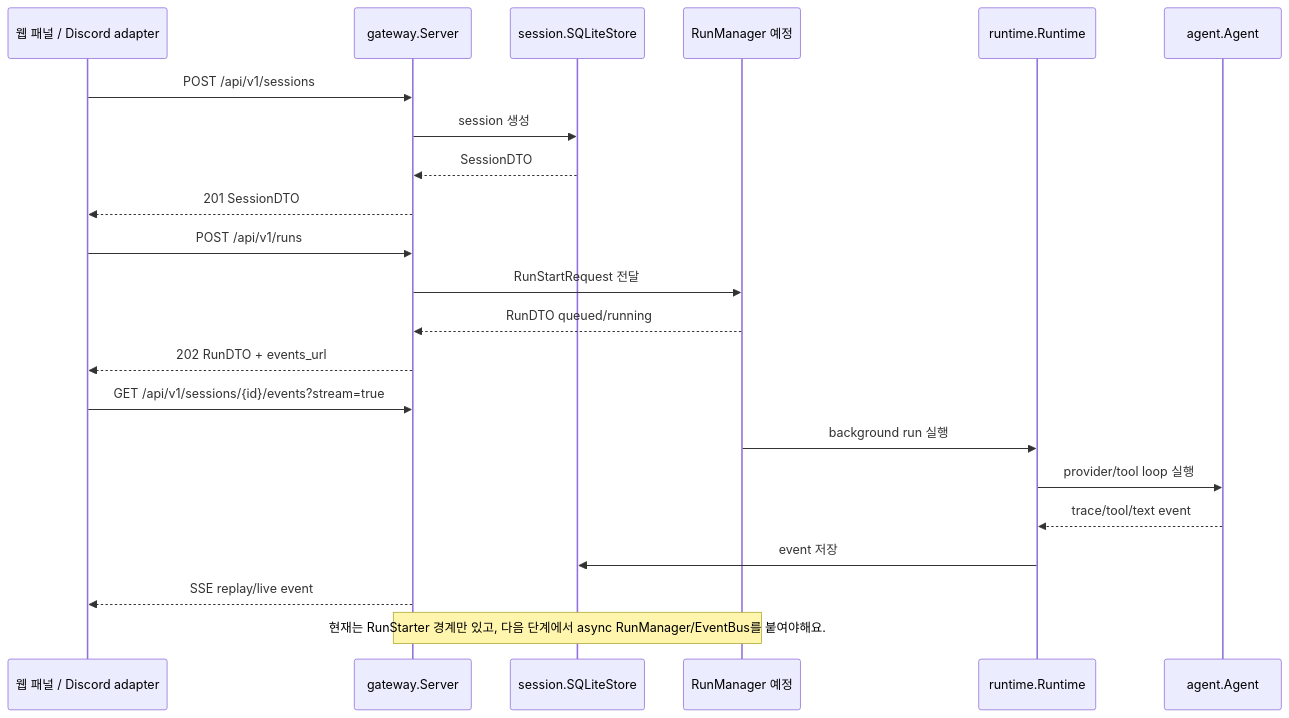
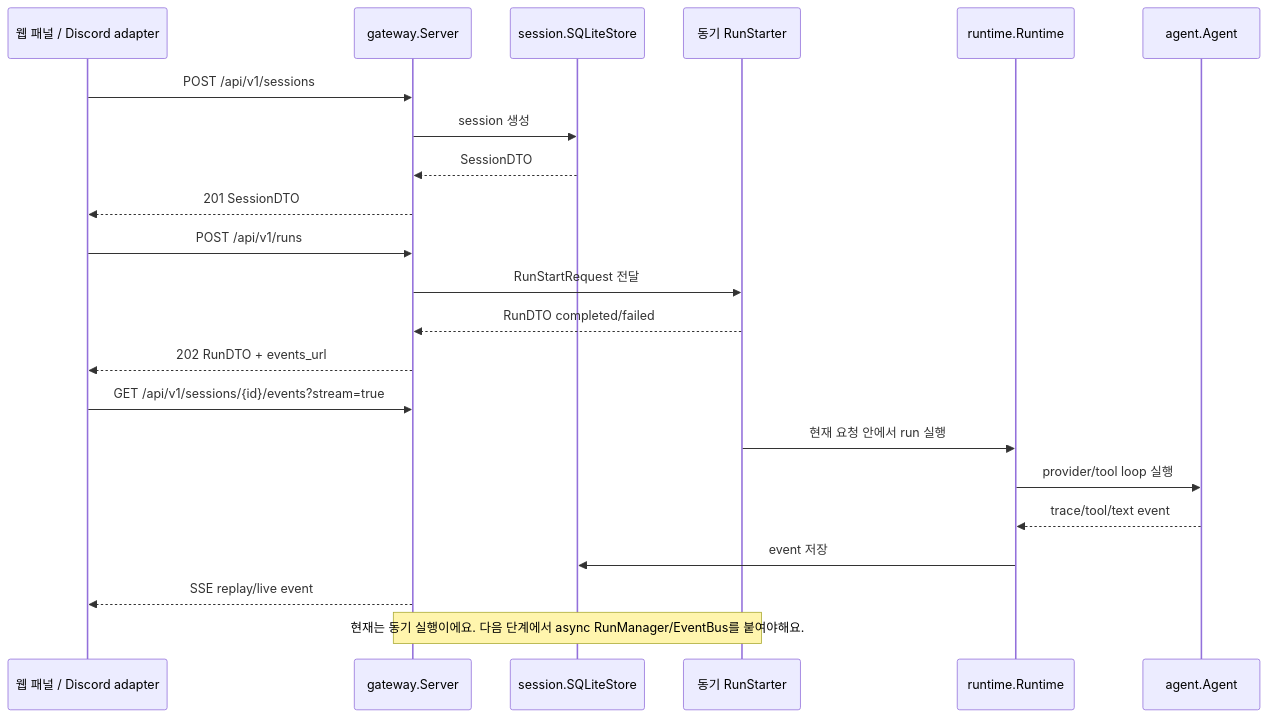
One commit to sleepysoong/kkode changed the third of 4 diagrams in README.md. Above: the diagram before and after it, drawn with Mermaid. The commit also changed other lines of this file and 17 other files, not shown here.

````diff
--- a/README.md
+++ b/README.md
@@ -84,28 +84,28 @@
 ```mermaid
 sequenceDiagram
     participant UI as 웹 패널 / Discord adapter
     participant G as gateway.Server
     participant S as session.SQLiteStore
-    participant RM as RunManager 예정
+    participant RS as 동기 RunStarter
     participant R as runtime.Runtime
     participant A as agent.Agent
 
     UI->>G: POST /api/v1/sessions
     G->>S: session 생성
     S-->>G: SessionDTO
     G-->>UI: 201 SessionDTO
 
     UI->>G: POST /api/v1/runs
-    G->>RM: RunStartRequest 전달
-    RM-->>G: RunDTO queued/running
+    G->>RS: RunStartRequest 전달
+    RS-->>G: RunDTO completed/failed
     G-->>UI: 202 RunDTO + events_url
 
     UI->>G: GET /api/v1/sessions/{id}/events?stream=true
-    RM->>R: background run 실행
+    RS->>R: 현재 요청 안에서 run 실행
     R->>A: provider/tool loop 실행
     A-->>R: trace/tool/text event
     R->>S: event 저장
     G-->>UI: SSE replay/live event
 
-    Note over RM,G: 현재는 RunStarter 경계만 있고, 다음 단계에서 async RunManager/EventBus를 붙여야해요.
+    Note over RS,G: 현재는 동기 실행이에요. 다음 단계에서 async RunManager/EventBus를 붙여야해요.
 ```
````
